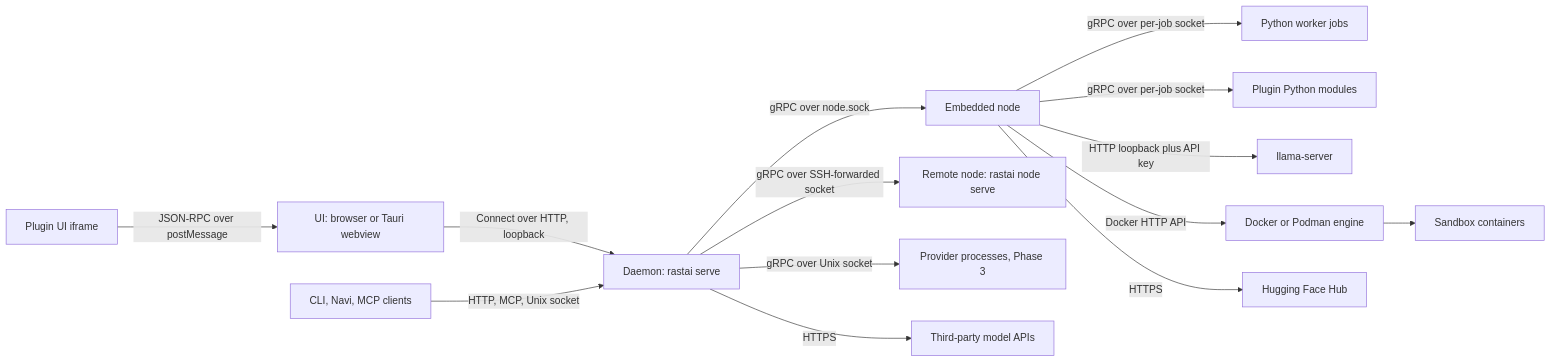
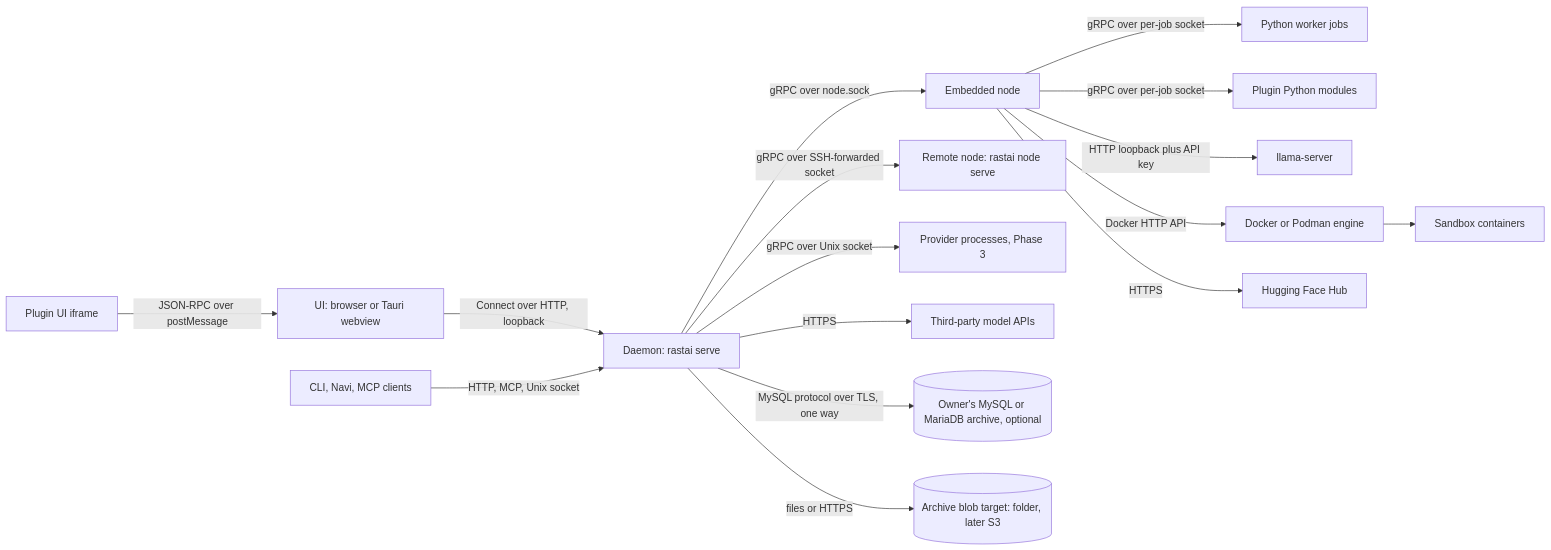
The third of 4 diagrams in docs/architecture/contracts.md (Snubiss/RASTAI-Research-Studio), drawn with Mermaid before and after one commit. The commit also changed other lines of this file and 44 other files, not shown here.

First line of the commit message:
Apply owner decisions: contracts v1.1, spec v5.4, archive, plain JS

````diff
--- a/docs/architecture/contracts.md
+++ b/docs/architecture/contracts.md
@@ -302,30 +418,34 @@
 ```mermaid
 flowchart LR
   UI["UI: browser or Tauri webview"]
   IFR["Plugin UI iframe"]
   EXT["CLI, Navi, MCP clients"]
   D["Daemon: rastai serve"]
   EN["Embedded node"]
   RN["Remote node: rastai node serve"]
   W["Python worker jobs"]
   PM["Plugin Python modules"]
   LS["llama-server"]
   DE["Docker or Podman engine"]
   SB["Sandbox containers"]
   PR["Provider processes, Phase 3"]
   API["Third-party model APIs"]
   HF["Hugging Face Hub"]
+  ARC[("Owner's MySQL or MariaDB archive, optional")]
+  OBJ[("Archive blob target: folder, later S3")]
   IFR -->|"JSON-RPC over postMessage"| UI
   UI -->|"Connect over HTTP, loopback"| D
   EXT -->|"HTTP, MCP, Unix socket"| D
   D -->|"gRPC over node.sock"| EN
   D -->|"gRPC over SSH-forwarded socket"| RN
   EN -->|"gRPC over per-job socket"| W
   EN -->|"gRPC over per-job socket"| PM
   EN -->|"HTTP loopback plus API key"| LS
   EN -->|"Docker HTTP API"| DE
   DE --> SB
   D -->|"gRPC over Unix socket"| PR
   D -->|"HTTPS"| API
   EN -->|"HTTPS"| HF
+  D -->|"MySQL protocol over TLS, one way"| ARC
+  D -->|"files or HTTPS"| OBJ
 ```
````
